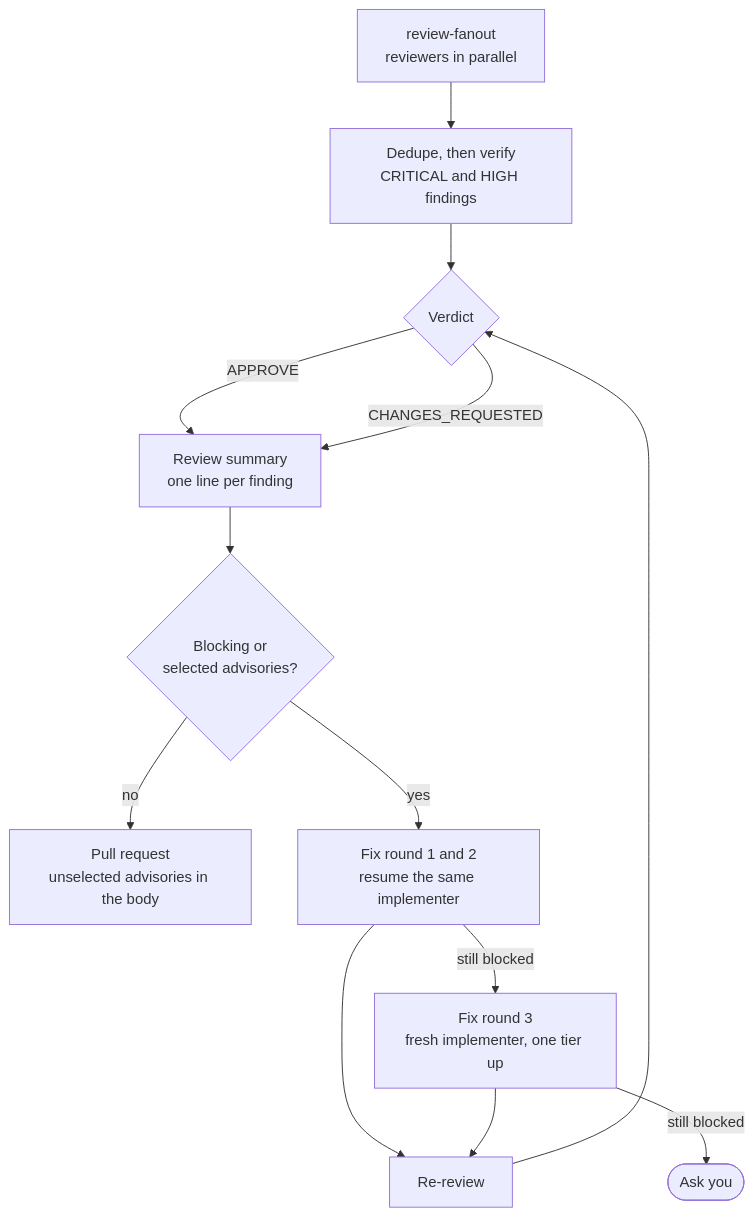
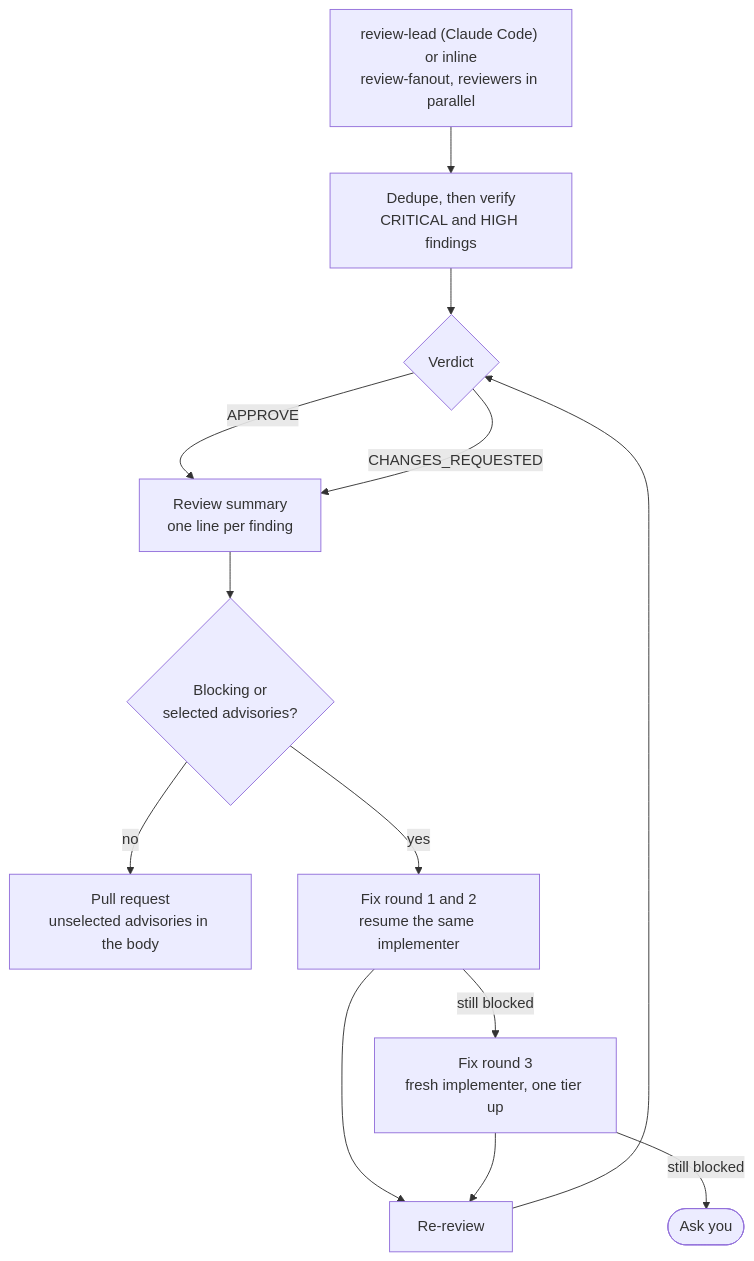
One commit to GravionLabs/apm-hub changed the sixth of 11 diagrams in docs/orchestrator.md. Above: the diagram before and after it, drawn with Mermaid. The commit also changed other lines of this file and 6 other files, not shown here.

First line of the commit message:
feat: dispatch review-lead in the review phase where nesting is supported (#307)

````diff
--- a/docs/orchestrator.md
+++ b/docs/orchestrator.md
@@ -162,15 +169,15 @@
 ```mermaid
 flowchart TD
-    A["review-fanout<br/>reviewers in parallel"] --> B["Dedupe, then verify<br/>CRITICAL and HIGH findings"]
+    A["review-lead (Claude Code) or inline<br/>review-fanout, reviewers in parallel"] --> B["Dedupe, then verify<br/>CRITICAL and HIGH findings"]
     B --> C{"Verdict"}
     C -->|"APPROVE"| D["Review summary<br/>one line per finding"]
     C -->|"CHANGES_REQUESTED"| D
     D --> E{"Blocking or<br/>selected advisories?"}
     E -->|"no"| PR["Pull request<br/>unselected advisories in the body"]
     E -->|"yes"| F["Fix round 1 and 2<br/>resume the same implementer"]
     F --> G["Re-review"]
     G --> C
     F -->|"still blocked"| H["Fix round 3<br/>fresh implementer, one tier up"]
     H --> G
     H -->|"still blocked"| Q(["Ask you"])
 ```
````
